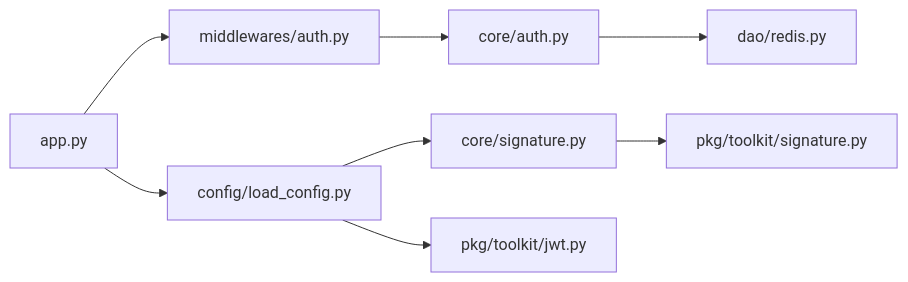
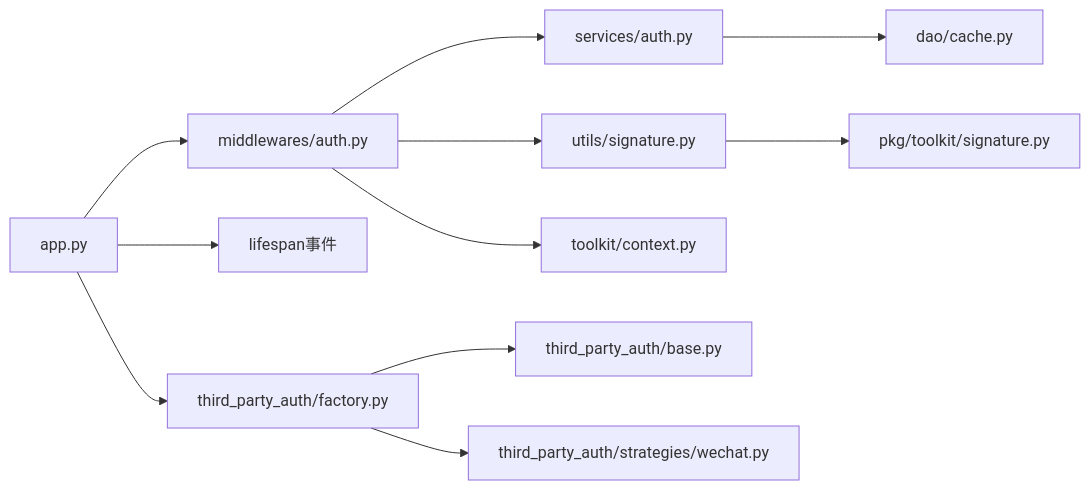
One commit to lilinzezzzzzz/fastapi-backend changed the ninth of 9 diagrams in .qoder/repowiki/zh/content/安全认证机制/安全认证机制.md. Above: the diagram before and after it, drawn with Mermaid. The commit also changed other lines of this file and 42 other files, not shown here.

````diff
--- a/.qoder/repowiki/zh/content/安全认证机制/安全认证机制.md
+++ b/.qoder/repowiki/zh/content/安全认证机制/安全认证机制.md
@@ -329,10 +416,13 @@
 ```mermaid
 graph LR
-APP["app.py"] --> MW["middlewares/auth.py"]
-APP --> CFG["config/load_config.py"]
-MW --> CORE_AUTH["core/auth.py"]
-CORE_AUTH --> DAO_REDIS["dao/redis.py"]
-CFG --> CORE_SIG["core/signature.py"]
-CORE_SIG --> TOOL_SIG["pkg/toolkit/signature.py"]
-CFG --> TOOL_JWT["pkg/toolkit/jwt.py"]
+APP["app.py"] --> AUTH_MW["middlewares/auth.py"]
+APP --> LIFECYCLE["lifespan事件"]
+AUTH_MW --> SERVICES_AUTH["services/auth.py"]
+SERVICES_AUTH --> CACHE_DAO["dao/cache.py"]
+AUTH_MW --> SIG_UTIL["utils/signature.py"]
+SIG_UTIL --> SIGNATURE_TOOL["pkg/toolkit/signature.py"]
+AUTH_MW --> CONTEXT["toolkit/context.py"]
+APP --> STRATEGY_FACTORY["third_party_auth/factory.py"]
+STRATEGY_FACTORY --> BASE_STRATEGY["third_party_auth/base.py"]
+STRATEGY_FACTORY --> WECHAT_STRATEGY["third_party_auth/strategies/wechat.py"]
 ```
````
